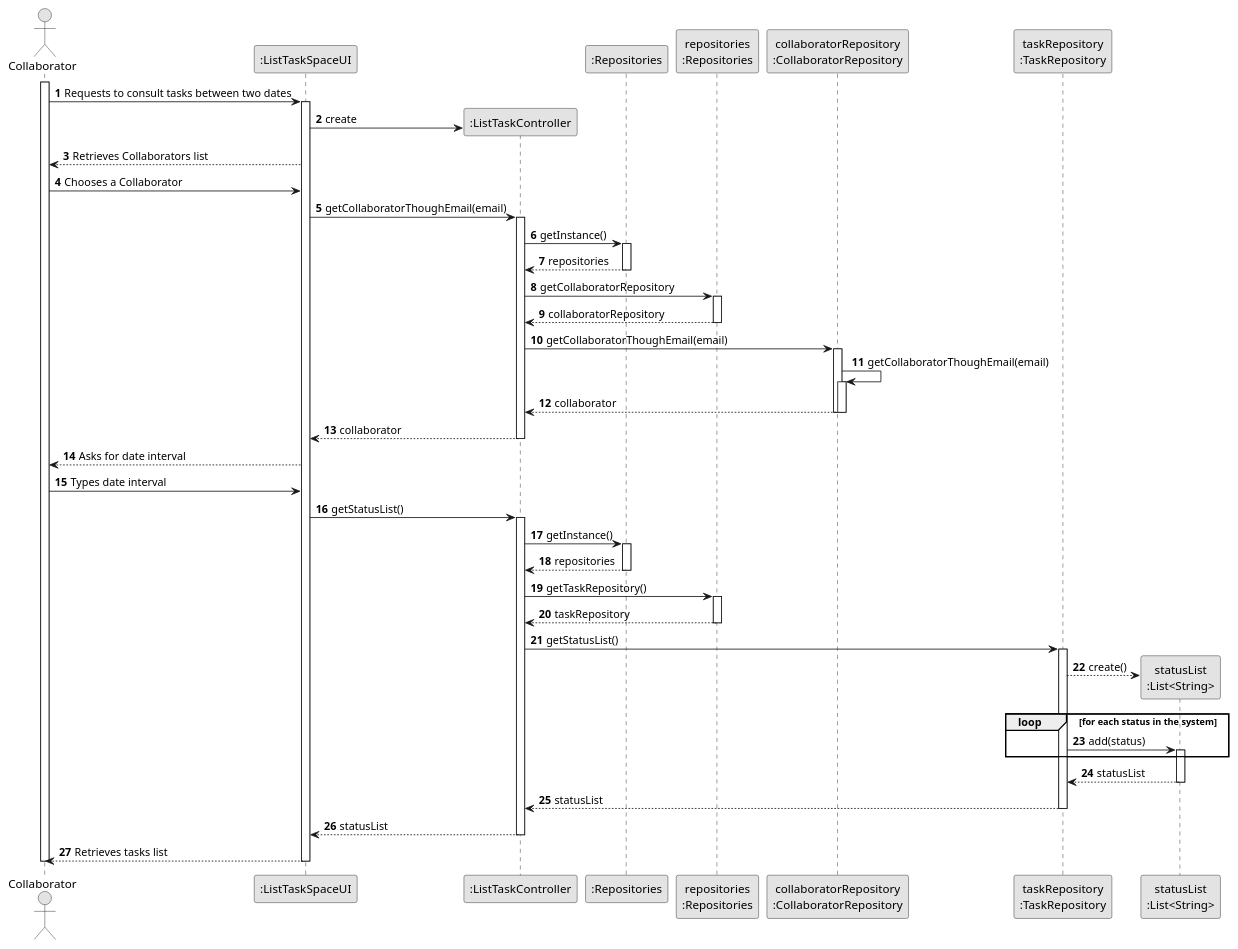
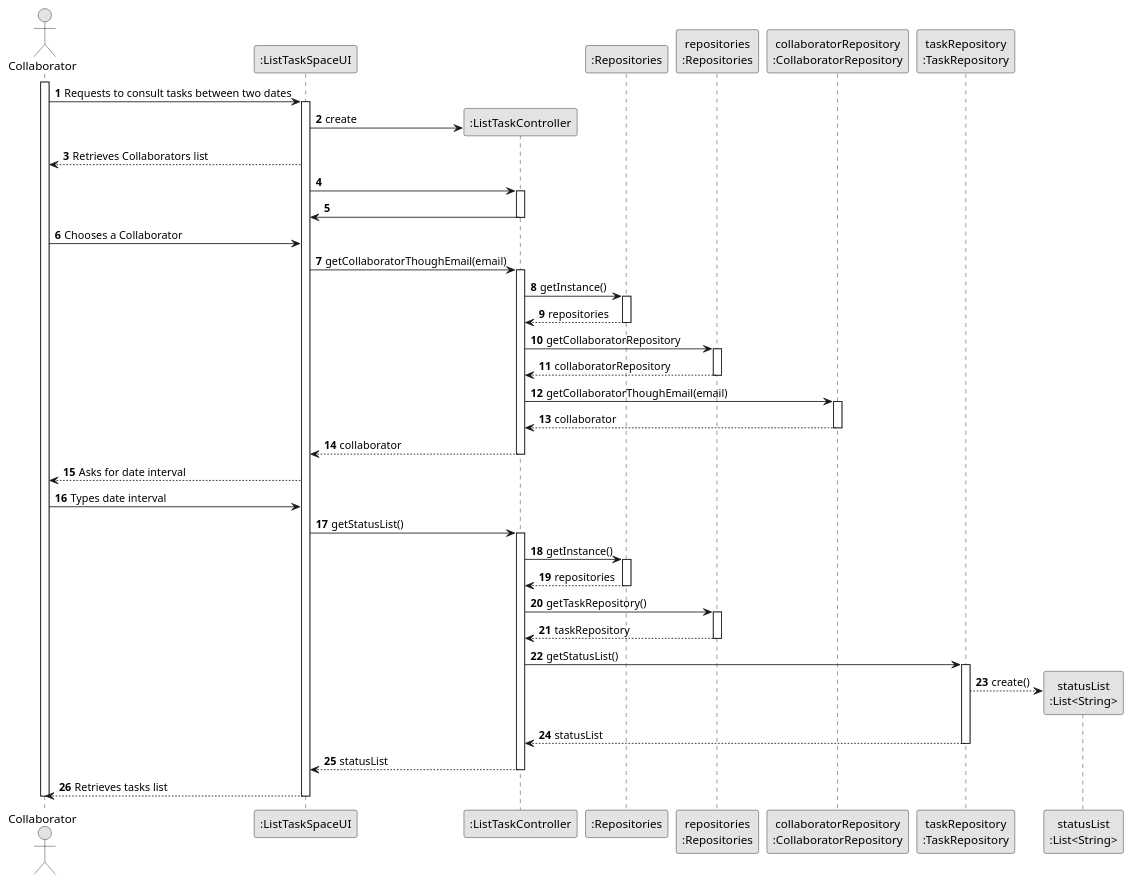
One commit to Departamento-de-Engenharia-Informatica/lei-24-s2-1df-1de-g063 changed the diagram in docs/SprintC/us28/03.design/puml/us008-sequence-diagram-full.puml. Above: the diagram before and after it, drawn with PlantUML. The commit also changed 2 other files, not shown here.

```diff
--- a/docs/SprintC/us28/03.design/puml/us008-sequence-diagram-full.puml
+++ b/docs/SprintC/us28/03.design/puml/us008-sequence-diagram-full.puml
@@ -1,104 +1,108 @@
 @startuml
 skinparam monochrome true
 skinparam packageStyle rectangle
 skinparam shadowing false
 
 autonumber
 
 'hide footbox
 actor "Collaborator" as VFM
 participant ":ListTaskSpaceUI" as UI
 participant ":ListTaskController" as CTRL
 participant ":Repositories" as RepositorySingleton
 participant "repositories\n:Repositories" as REP
 participant "collaboratorRepository\n:CollaboratorRepository" as collaboratorRepository
 participant "taskRepository\n:TaskRepository" as taskRepository
 participant "statusList\n:List<String>" as LISTSTATUS
 
 
 activate VFM
 
 VFM -> UI : Requests to consult tasks between two dates
 
     activate UI
 
         UI -> CTRL** : create
 
         UI --> VFM : Retrieves Collaborators list
 
+
+        UI -> CTRL :
+        activate CTRL
+
+        CTRL -> UI :
+        deactivate CTRL
+
+
 VFM -> UI : Chooses a Collaborator
 
  UI -> CTRL : getCollaboratorThoughEmail(email)
         activate CTRL
 
         CTRL -> RepositorySingleton : getInstance()
             activate RepositorySingleton
 
             RepositorySingleton --> CTRL : repositories
             deactivate RepositorySingleton
 
         CTRL -> REP : getCollaboratorRepository
             activate REP
 
             REP --> CTRL : collaboratorRepository
             deactivate REP
 
         CTRL -> collaboratorRepository : getCollaboratorThoughEmail(email)
             activate collaboratorRepository
 
-            collaboratorRepository -> collaboratorRepository : getCollaboratorThoughEmail(email)
-            activate collaboratorRepository
+
 
             collaboratorRepository --> CTRL : collaborator
 
                 deactivate collaboratorRepository
 
             deactivate collaboratorRepository
         CTRL --> UI : collaborator
         deactivate CTRL
 UI --> VFM : Asks for date interval
 
 
 VFM -> UI : Types date interval
 
 
     UI -> CTRL : getStatusList()
         activate CTRL
 
         CTRL -> RepositorySingleton : getInstance()
             activate RepositorySingleton
 
             RepositorySingleton --> CTRL : repositories
             deactivate RepositorySingleton
 
         CTRL -> REP : getTaskRepository()
             activate REP
 
             REP --> CTRL : taskRepository
             deactivate REP
 
         CTRL -> taskRepository : getStatusList()
             activate taskRepository
 
             taskRepository --> LISTSTATUS** : create()
-                loop for each status in the system
-                    taskRepository -> LISTSTATUS : add(status)
-                        activate LISTSTATUS
-                end
-            LISTSTATUS --> taskRepository : statusList
+
+
             deactivate LISTSTATUS
 
         taskRepository --> CTRL : statusList
         deactivate taskRepository
 
         CTRL --> UI : statusList
         deactivate CTRL
 
 UI --> VFM : Retrieves tasks list
 
 
     deactivate UI
 
 deactivate VFM
 
 @enduml
```
